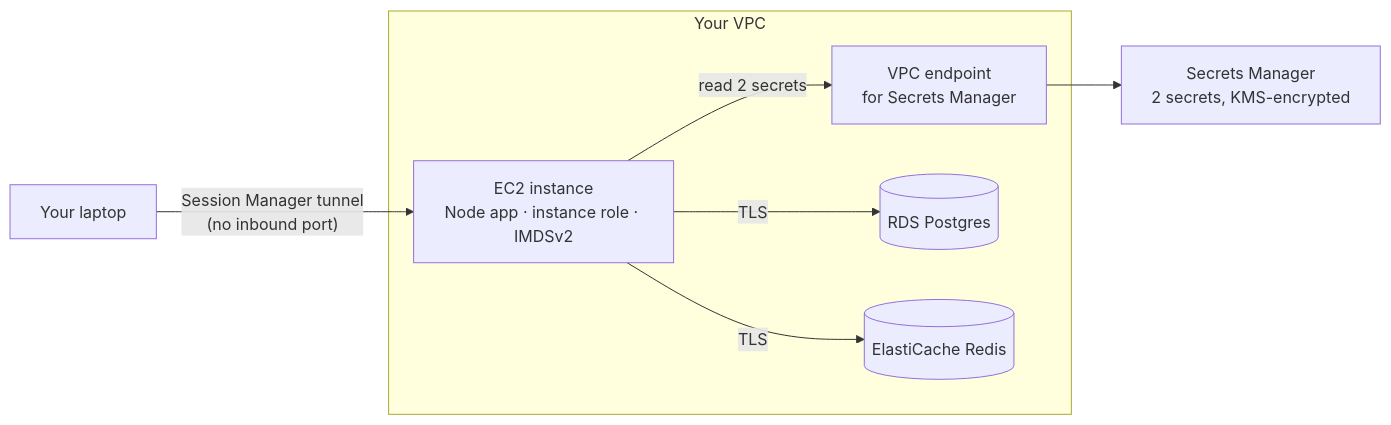
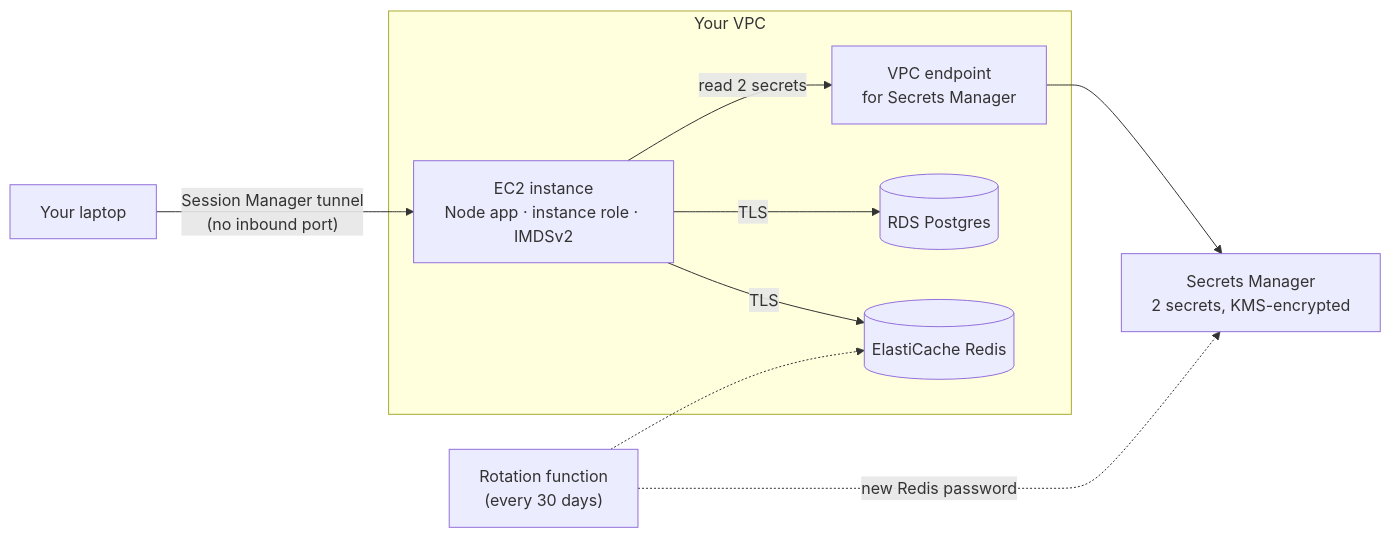
One commit to ephico2real2/aws-secrets-manager-node-poc changed the first of 2 diagrams in docs/GUIDE.md. Above: the diagram before and after it, drawn with Mermaid. The commit also changed other lines of this file and 1 other file, not shown here.

Commit message:
docs: guide covers agent mode, the mirror script, Redis rotation, signing; ci: refuse to sign or verify nothing

````diff
--- a/docs/GUIDE.md
+++ b/docs/GUIDE.md
@@ -218,13 +234,15 @@
 ```mermaid
 flowchart LR
   laptop["Your laptop"] -->|"Session Manager tunnel<br/>(no inbound port)"| ec2
   subgraph vpc["Your VPC"]
     ec2["EC2 instance<br/>Node app · instance role · IMDSv2"]
     vpce["VPC endpoint<br/>for Secrets Manager"]
     rds[("RDS Postgres")]
     redis[("ElastiCache Redis")]
   end
   ec2 -->|"read 2 secrets"| vpce --> sm["Secrets Manager<br/>2 secrets, KMS-encrypted"]
+  rot["Rotation function<br/>(every 30 days)"] -.->|"new Redis password"| sm
+  rot -.-> redis
   ec2 -->|TLS| rds
   ec2 -->|TLS| redis
 ```
````
